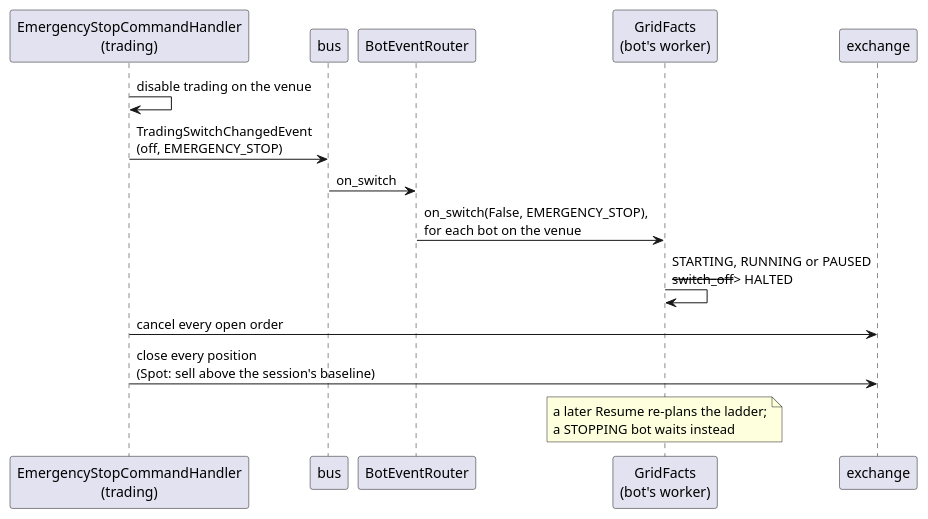
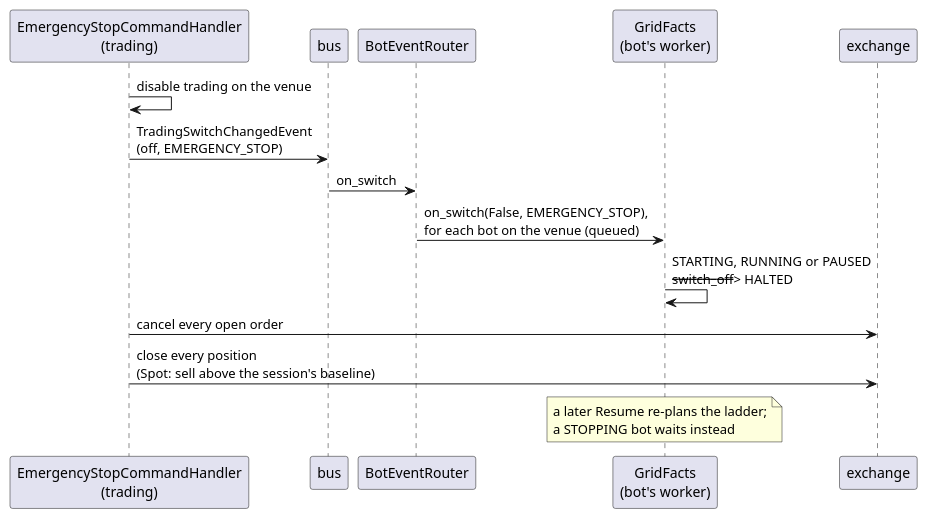
One commit to anhembedded/Sagittarius_Elite_Warrior changed the diagram in Docs/MODULES/bots/diagrams/06-emergency-stop.puml. Above: the diagram before and after it, drawn with PlantUML. The commit also changed 16 other files, not shown here.

```diff
--- a/Docs/MODULES/bots/diagrams/06-emergency-stop.puml
+++ b/Docs/MODULES/bots/diagrams/06-emergency-stop.puml
@@ -3,16 +3,16 @@
 @startuml 06-emergency-stop
 participant "EmergencyStopCommandHandler\n(trading)" as E
 participant "bus" as BUS
 participant BotEventRouter as RT
 participant "GridFacts\n(bot's worker)" as F
 participant "exchange" as X
 
 E -> E : disable trading on the venue
 E -> BUS : TradingSwitchChangedEvent\n(off, EMERGENCY_STOP)
 BUS -> RT : on_switch
-RT -> F : on_switch(False, EMERGENCY_STOP),\nfor each bot on the venue
+RT -> F : on_switch(False, EMERGENCY_STOP),\nfor each bot on the venue (queued)
 F -> F : STARTING, RUNNING or PAUSED\n--switch_off--> HALTED
 E -> X : cancel every open order
 E -> X : close every position\n(Spot: sell above the session's baseline)
 note over F : a later Resume re-plans the ladder;\na STOPPING bot waits instead
 @enduml
```
